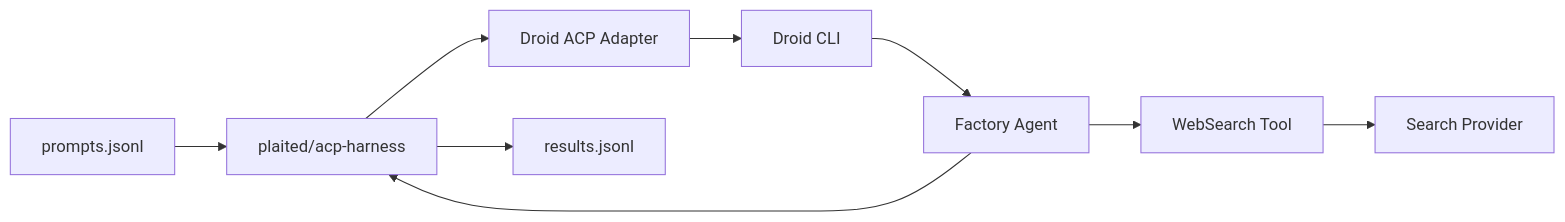
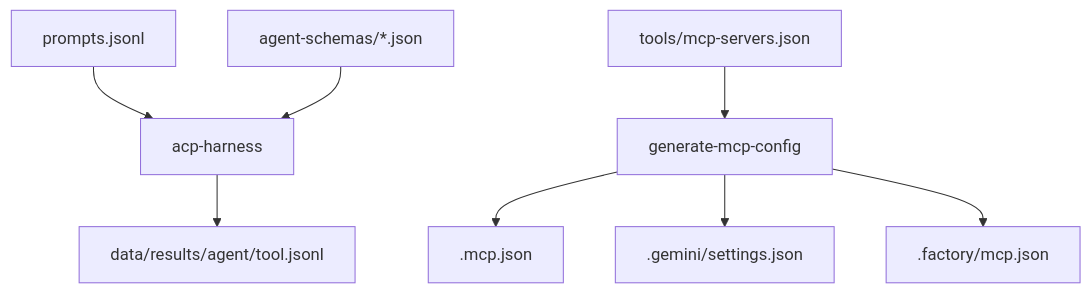
Before and after one commit to youdotcom-oss/web-search-agent-evals: the diagram in README.md, drawn with Mermaid. The commit also changed other lines of this file and 37 other files, not shown here.

````diff
--- a/README.md
+++ b/README.md
@@ -31,11 +16,10 @@
 ```mermaid
-flowchart LR
-    A[prompts.jsonl] --> B[plaited/acp-harness]
-    B --> C[Droid ACP Adapter]
-    C --> D[Droid CLI]
-    D --> E[Factory Agent]
-    E --> F[WebSearch Tool]
-    F --> G[Search Provider]
-    E --> B
-    B --> H[results.jsonl]
+flowchart TD
+    Prompts[prompts.jsonl] --> Harness[acp-harness]
+    Schemas[agent-schemas/*.json] --> Harness
+    MCP[tools/mcp-servers.json] --> Generate[generate-mcp-config]
+    Generate --> ClaudeConfig[.mcp.json]
+    Generate --> GeminiConfig[.gemini/settings.json]
+    Generate --> DroidConfig[.factory/mcp.json]
+    Harness --> Results[data/results/agent/tool.jsonl]
 ```
````
